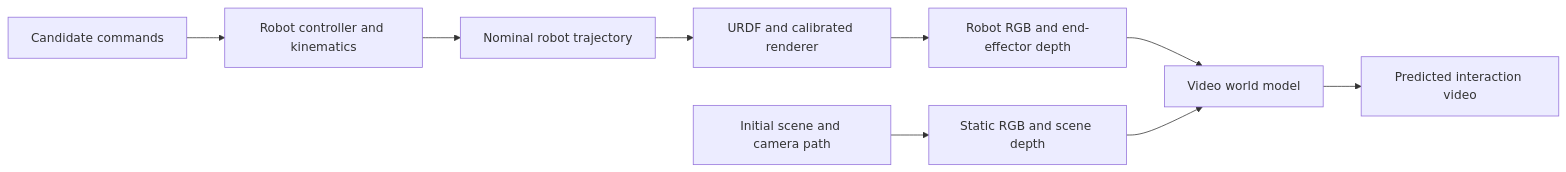
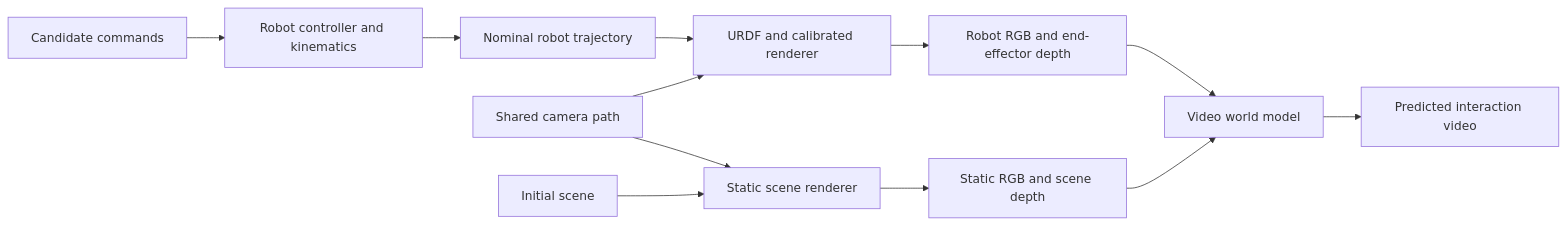
Before and after one commit to sheilsarda2/ResearchNotes: the diagram in robotics_ai/RoFacto - Questions and Research.md, drawn with Mermaid. The commit also changed other lines of this file and 16 other files, not shown here.

````diff
--- a/robotics_ai/RoFacto - Questions and Research.md
+++ b/robotics_ai/RoFacto - Questions and Research.md
@@ -49,11 +49,14 @@
 ```mermaid
 flowchart LR
     A[Candidate commands] --> C[Robot controller and kinematics]
     C --> Q[Nominal robot trajectory]
     Q --> R[URDF and calibrated renderer]
     R --> M[Robot RGB and end-effector depth]
-    S[Initial scene and camera path] --> B[Static RGB and scene depth]
+    K[Shared camera path] --> R
+    K --> B[Static scene renderer]
+    S[Initial scene] --> B
+    B --> N[Static RGB and scene depth]
     M --> W[Video world model]
-    B --> W
+    N --> W
     W --> V[Predicted interaction video]
 ```
````
